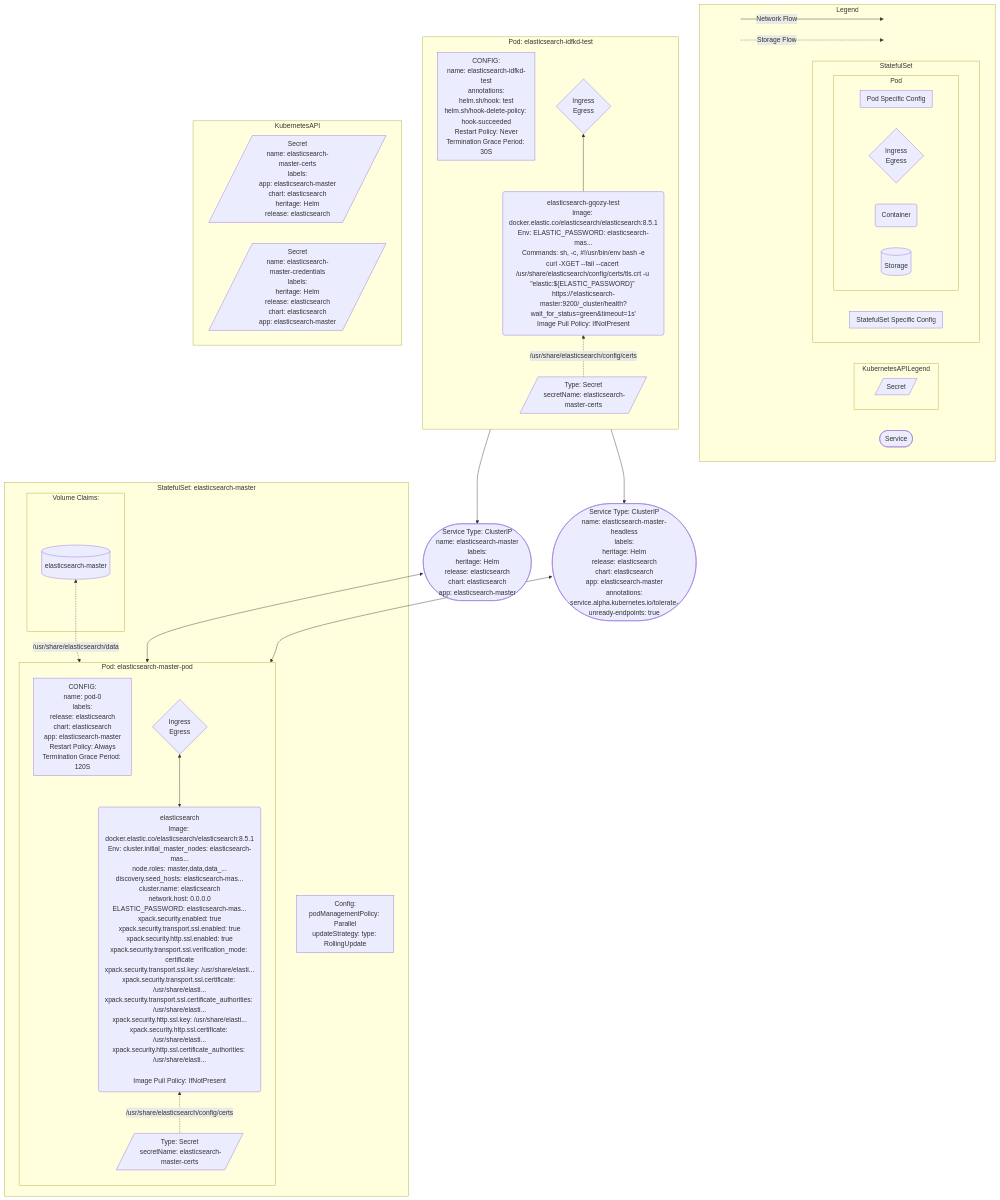
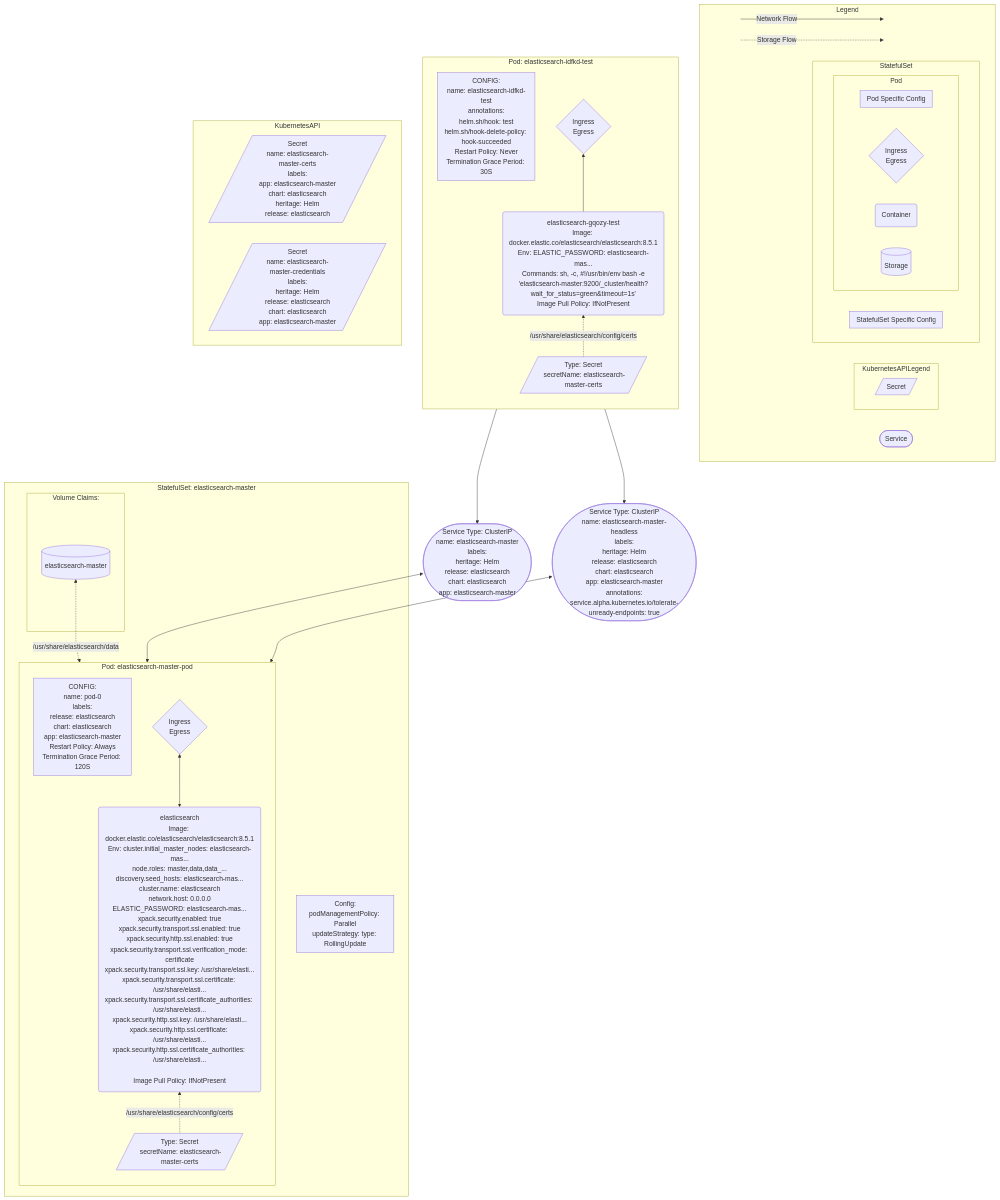
The diagram in kubeviz/elasticSearch/2024-01-29_19:55:06/application_configuration.md (TimRoos98/rendering), drawn with Mermaid before and after one commit. The commit also changed 1 other file, not shown here.

```diff
--- a/kubeviz/elasticSearch/2024-01-29_19:55:06/application_configuration.md
+++ b/kubeviz/elasticSearch/2024-01-29_19:55:06/application_configuration.md
@@ -48,7 +48,7 @@
 Image: docker.elastic.co/elasticsearch/elasticsearch:8.5.1
 Env: ELASTIC_PASSWORD: elasticsearch-mas...
 Commands: sh, -c, #!/usr/bin/env bash -e
-curl -XGET --fail --cacert /usr/share/elasticsearch/config/certs/tls.crt -u &quotelastic:$&#123ELASTIC_PASSWORD&#125&quot https://'elasticsearch-master:9200/_cluster/health?wait_for_status=green&timeout=1s'
+'elasticsearch-master:9200/_cluster/health?wait_for_status=green&timeout=1s'
 Image Pull Policy: IfNotPresent
 )
 elasticsearch-idfkd-test-proxy{"Ingress
```
